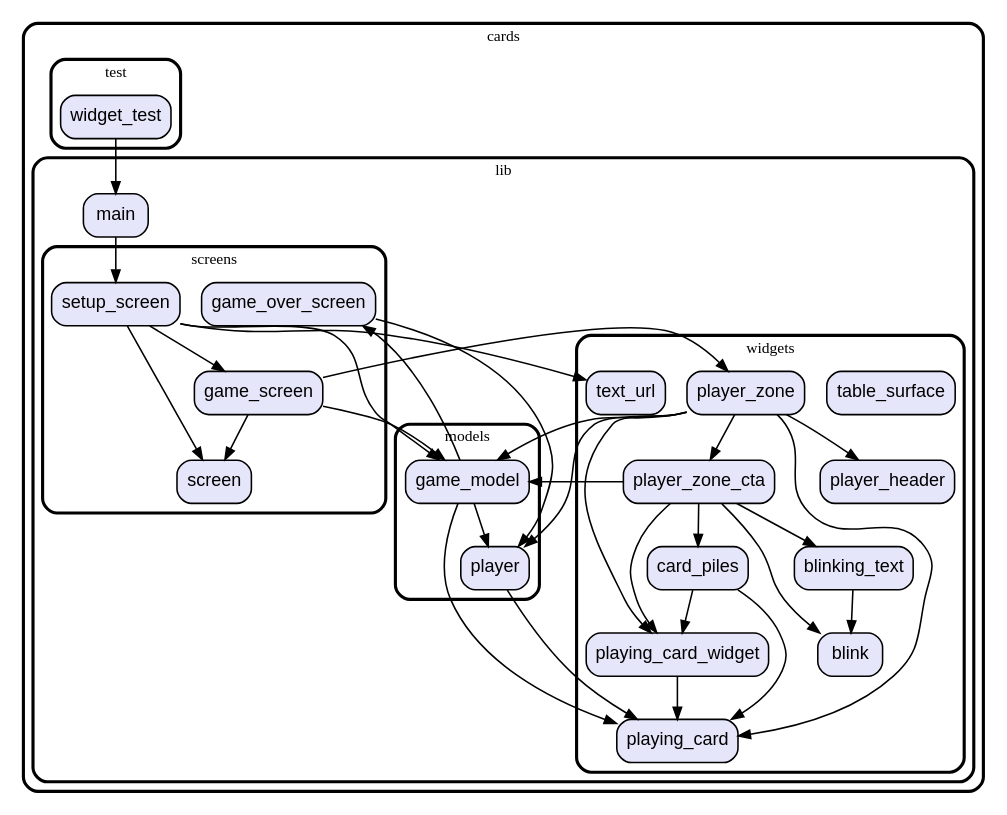
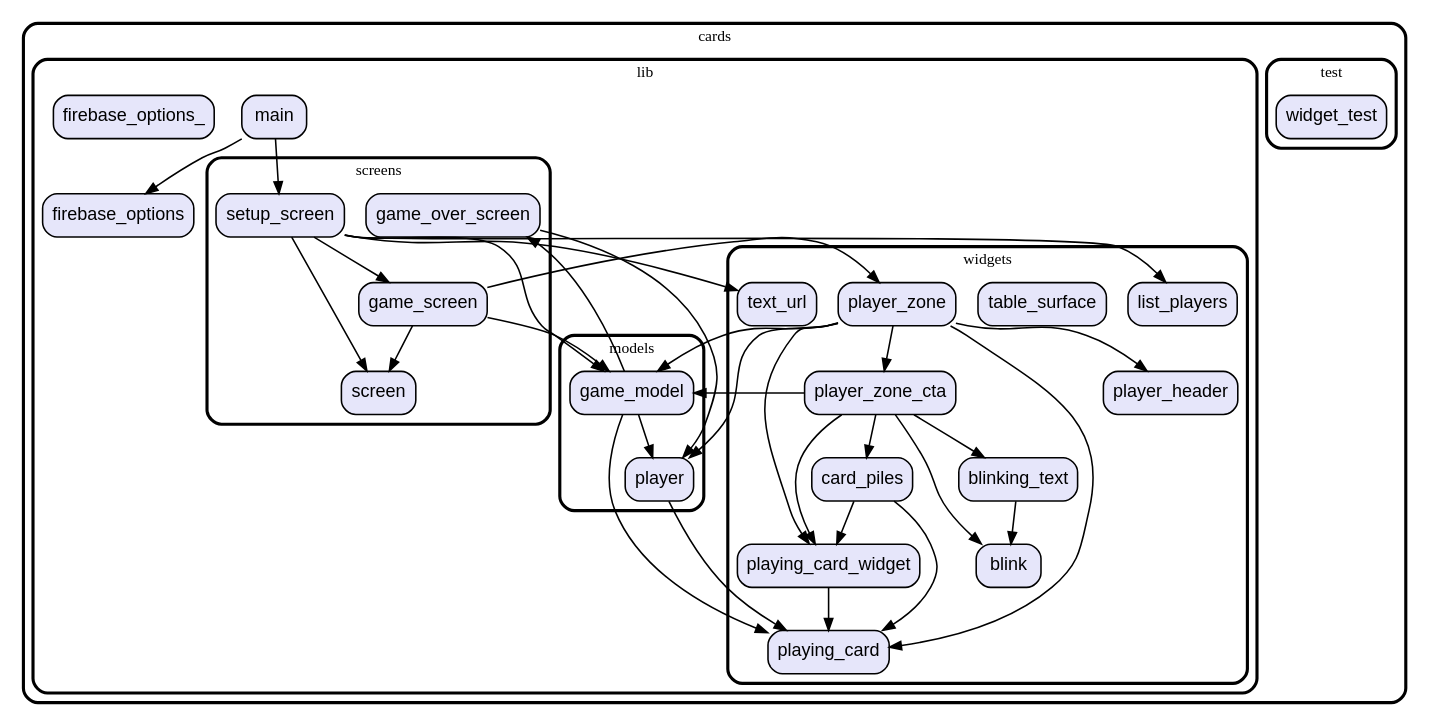
One commit to vteam-com/Cards changed the diagram in graph.dot. Above: the diagram before and after it, drawn with Graphviz. The commit also changed 21 other files, not shown here.

```diff
--- a/graph.dot
+++ b/graph.dot
@@ -1,88 +1,95 @@
 digraph "" {
   graph [style=rounded fontname="Arial Black" fontsize=13 penwidth=2.6];
   node [shape=rect style="filled,rounded" fontname=Arial fontsize=15 fillcolor=Lavender penwidth=1.3];
   edge [penwidth=1.3];
   "/test/widget_test.dart" [label="widget_test"];
+  "/lib/firebase_options.dart" [label="firebase_options"];
   "/lib/models/game_model.dart" [label="game_model"];
   "/lib/models/player.dart" [label="player"];
   "/lib/screens/game_screen.dart" [label="game_screen"];
   "/lib/screens/game_over_screen.dart" [label="game_over_screen"];
   "/lib/screens/setup_screen.dart" [label="setup_screen"];
   "/lib/screens/screen.dart" [label="screen"];
   "/lib/main.dart" [label="main"];
+  "/lib/firebase_options_.dart" [label="firebase_options_"];
   "/lib/widgets/blink.dart" [label="blink"];
+  "/lib/widgets/list_players.dart" [label="list_players"];
   "/lib/widgets/playing_card_widget.dart" [label="playing_card_widget"];
   "/lib/widgets/table_surface.dart" [label="table_surface"];
   "/lib/widgets/blinking_text.dart" [label="blinking_text"];
   "/lib/widgets/player_zone.dart" [label="player_zone"];
   "/lib/widgets/playing_card.dart" [label="playing_card"];
   "/lib/widgets/card_piles.dart" [label="card_piles"];
   "/lib/widgets/player_zone_cta.dart" [label="player_zone_cta"];
   "/lib/widgets/player_header.dart" [label="player_header"];
   "/lib/widgets/text_url.dart" [label="text_url"];
   subgraph "cluster~" {
     label="cards";
     subgraph "cluster~/test" {
       label="test";
       "/test/widget_test.dart";
     }
     subgraph "cluster~/lib" {
       label="lib";
+      "/lib/firebase_options.dart";
       "/lib/main.dart";
+      "/lib/firebase_options_.dart";
       subgraph "cluster~/lib/models" {
         label="models";
         "/lib/models/game_model.dart";
         "/lib/models/player.dart";
       }
       subgraph "cluster~/lib/screens" {
         label="screens";
         "/lib/screens/game_screen.dart";
         "/lib/screens/game_over_screen.dart";
         "/lib/screens/setup_screen.dart";
         "/lib/screens/screen.dart";
       }
       subgraph "cluster~/lib/widgets" {
         label="widgets";
         "/lib/widgets/blink.dart";
+        "/lib/widgets/list_players.dart";
         "/lib/widgets/playing_card_widget.dart";
         "/lib/widgets/table_surface.dart";
         "/lib/widgets/blinking_text.dart";
         "/lib/widgets/player_zone.dart";
         "/lib/widgets/playing_card.dart";
         "/lib/widgets/card_piles.dart";
         "/lib/widgets/player_zone_cta.dart";
         "/lib/widgets/player_header.dart";
         "/lib/widgets/text_url.dart";
       }
     }
   }
-  "/test/widget_test.dart" -> "/lib/main.dart";
   "/lib/models/game_model.dart" -> "/lib/models/player.dart";
   "/lib/models/game_model.dart" -> "/lib/screens/game_over_screen.dart";
   "/lib/models/game_model.dart" -> "/lib/widgets/playing_card.dart";
   "/lib/models/player.dart" -> "/lib/widgets/playing_card.dart";
   "/lib/screens/game_screen.dart" -> "/lib/screens/screen.dart";
   "/lib/screens/game_screen.dart" -> "/lib/widgets/player_zone.dart";
   "/lib/screens/game_screen.dart" -> "/lib/models/game_model.dart";
   "/lib/screens/game_over_screen.dart" -> "/lib/models/player.dart";
   "/lib/screens/setup_screen.dart" -> "/lib/models/game_model.dart";
   "/lib/screens/setup_screen.dart" -> "/lib/screens/game_screen.dart";
   "/lib/screens/setup_screen.dart" -> "/lib/screens/screen.dart";
+  "/lib/screens/setup_screen.dart" -> "/lib/widgets/list_players.dart";
   "/lib/screens/setup_screen.dart" -> "/lib/widgets/text_url.dart";
+  "/lib/main.dart" -> "/lib/firebase_options.dart";
   "/lib/main.dart" -> "/lib/screens/setup_screen.dart";
   "/lib/widgets/playing_card_widget.dart" -> "/lib/widgets/playing_card.dart";
   "/lib/widgets/blinking_text.dart" -> "/lib/widgets/blink.dart";
   "/lib/widgets/player_zone.dart" -> "/lib/models/game_model.dart";
   "/lib/widgets/player_zone.dart" -> "/lib/models/player.dart";
   "/lib/widgets/player_zone.dart" -> "/lib/widgets/player_header.dart";
   "/lib/widgets/player_zone.dart" -> "/lib/widgets/player_zone_cta.dart";
   "/lib/widgets/player_zone.dart" -> "/lib/widgets/playing_card.dart";
   "/lib/widgets/player_zone.dart" -> "/lib/widgets/playing_card_widget.dart";
   "/lib/widgets/card_piles.dart" -> "/lib/widgets/playing_card.dart";
   "/lib/widgets/card_piles.dart" -> "/lib/widgets/playing_card_widget.dart";
   "/lib/widgets/player_zone_cta.dart" -> "/lib/models/game_model.dart";
   "/lib/widgets/player_zone_cta.dart" -> "/lib/widgets/blink.dart";
   "/lib/widgets/player_zone_cta.dart" -> "/lib/widgets/blinking_text.dart";
   "/lib/widgets/player_zone_cta.dart" -> "/lib/widgets/card_piles.dart";
   "/lib/widgets/player_zone_cta.dart" -> "/lib/widgets/playing_card_widget.dart";
 }
```
